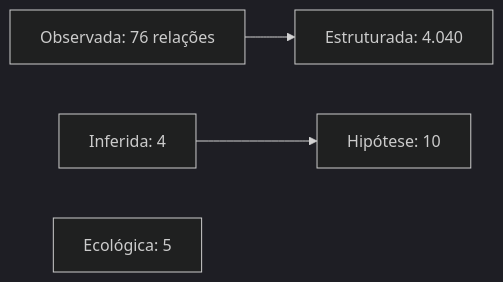
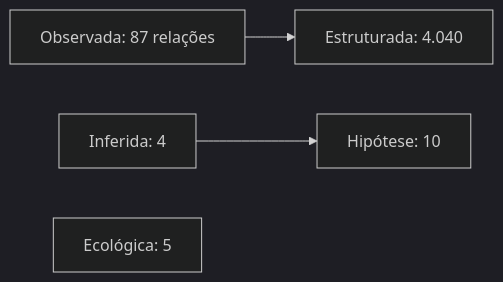
Before and after one commit to santosry/GraphAmbiCardio: the second of 2 diagrams in README.md, drawn with Mermaid (dark theme). The commit also changed other lines of this file and 66 other files, not shown here.

First line of the commit message:
Refresh graph, app bundle and reports after full-text reading

````diff
--- a/README.md
+++ b/README.md
@@ -197,6 +188,6 @@
 ```mermaid
 flowchart LR
-    OBS[Observada: 76 relações] --> STR[Estruturada: 4.040]
+    OBS[Observada: 87 relações] --> STR[Estruturada: 4.040]
     INF[Inferida: 4] --> HYP[Hipótese: 10]
     ECO[Ecológica: 5]
 ```
````
